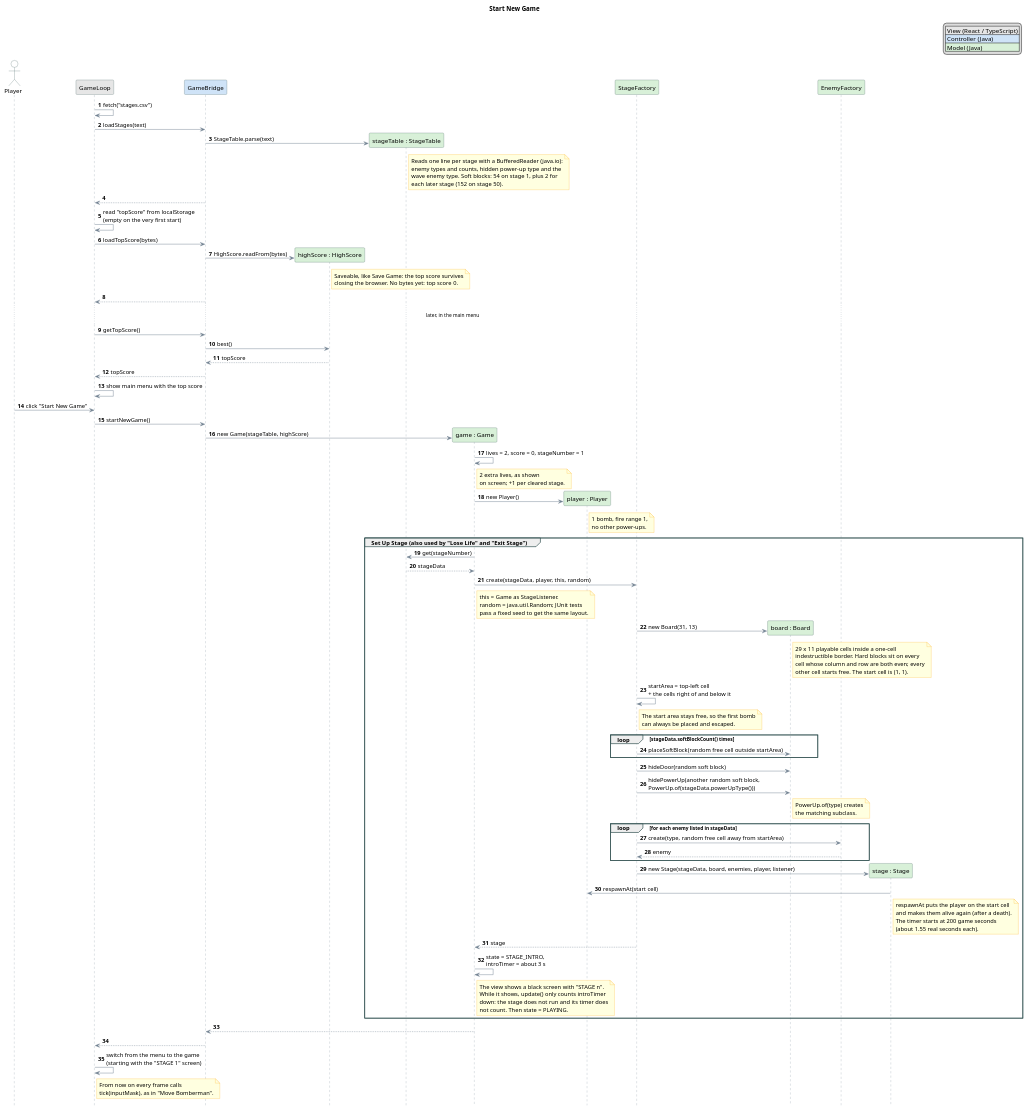
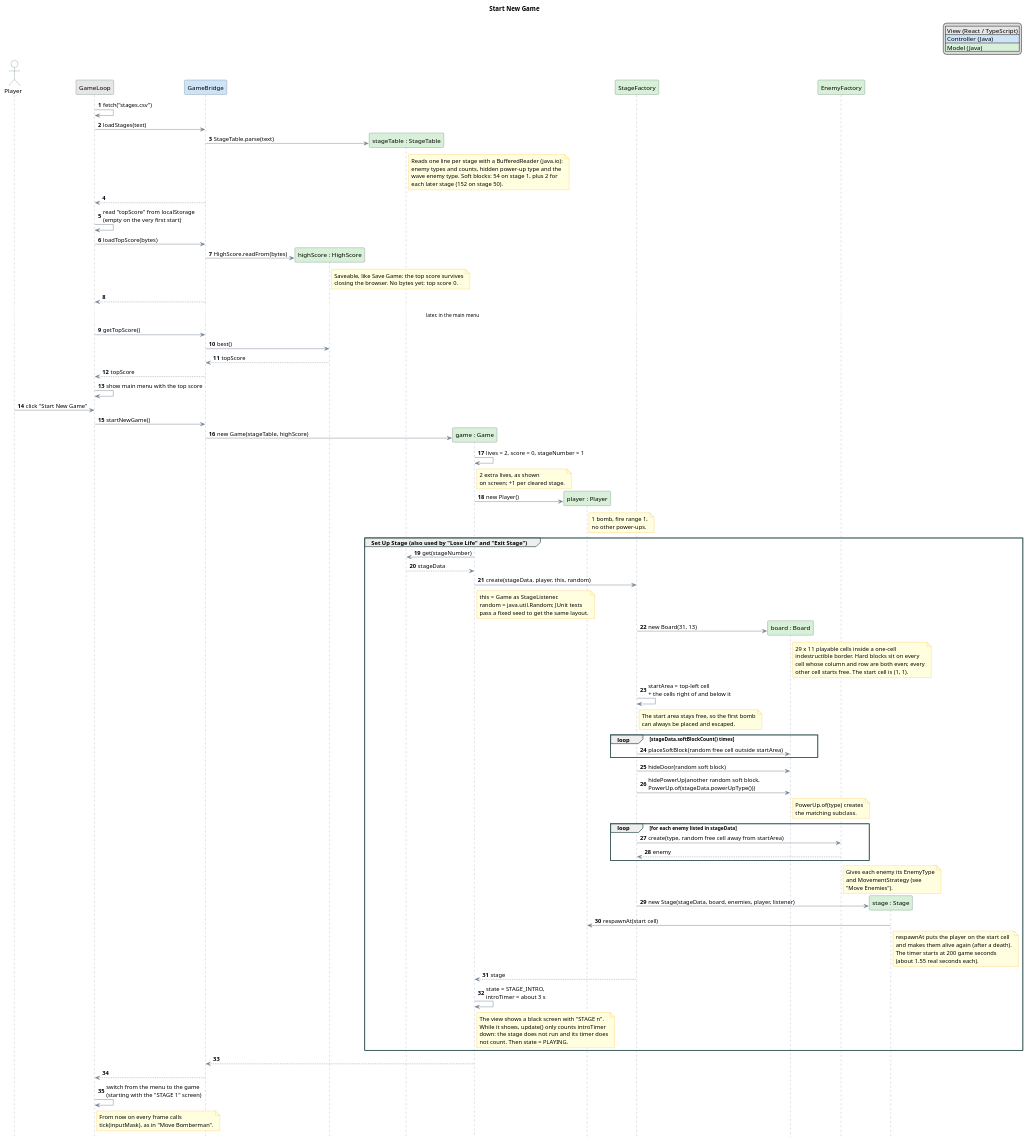
The diagram in projekt/uml/02-sekwencja-start-new-game.puml (KamilDxD2/po2026), drawn with PlantUML before and after one commit. The commit also changed 5 other files, not shown here.

Commit message:
enhanced bomb placement and enemy movement details, and added new sequence diagrams for placing bombs and moving enemies

```diff
--- a/projekt/uml/02-sekwencja-start-new-game.puml
+++ b/projekt/uml/02-sekwencja-start-new-game.puml
@@ -1,159 +1,164 @@
 @startuml
 title Start New Game
 
 hide footbox
 
 legend top right
   |<#E6E6E6> View (React / TypeScript) |
   |<#CFE3F7> Controller (Java) |
   |<#D8F0D8> Model (Java) |
 endlegend
 autonumber
 
 skinparam ParticipantBackgroundColor LightCyan
 skinparam ParticipantBorderColor DarkSlateGray
 skinparam ActorBackgroundColor White
 skinparam ActorBorderColor DarkSlateGray
 skinparam ArrowColor SlateGray
 skinparam SequenceLifeLineBorderColor SlateGray
 skinparam SequenceGroupBorderColor DarkSlateGray
 skinparam DefaultFontName Arial
 skinparam note {
     BackgroundColor LightYellow
     BorderColor Orange
 }
 
 ' ==========================================
 ' Participants, coloured by MVC layer as in "Explode Bomb" (see legend).
 ' The "Set Up Stage" group is reused by "Lose Life" (restart with a
 ' new random layout) and "Exit Stage" (next stage).
 ' ==========================================
 actor "Player" as user
 
 participant "GameLoop" as view #E6E6E6
 
 participant "GameBridge" as bridge #CFE3F7
 
 participant "highScore : HighScore" as high #D8F0D8
 participant "stageTable : StageTable" as table #D8F0D8
 participant "game : Game" as game #D8F0D8
 participant "player : Player" as player #D8F0D8
 participant "StageFactory" as sfactory #D8F0D8
 participant "board : Board" as board #D8F0D8
 participant "EnemyFactory" as efactory #D8F0D8
 participant "stage : Stage" as stage #D8F0D8
 
 ' ==========================================
 ' Once, when the app starts: load the 50-stage table (I/O)
 ' ==========================================
 view -> view : fetch("stages.csv")
 view -> bridge : loadStages(text)
 create table
 bridge -> table : StageTable.parse(text)
 note right of table
   Reads one line per stage with a BufferedReader (java.io):
   enemy types and counts, hidden power-up type and the
   wave enemy type. Soft blocks: 54 on stage 1, plus 2 for
   each later stage (152 on stage 50).
 end note
 bridge --> view
 view -> view : read "topScore" from localStorage\n(empty on the very first start)
 view -> bridge : loadTopScore(bytes)
 create high
 bridge -> high : HighScore.readFrom(bytes)
 note right of high
   Saveable, like Save Game: the top score survives
   closing the browser. No bytes yet: top score 0.
 end note
 bridge --> view
 
 ... later, in the main menu ...
 
 view -> bridge : getTopScore()
 bridge -> high : best()
 high --> bridge : topScore
 bridge --> view : topScore
 view -> view : show main menu with the top score
 
 ' ==========================================
 ' The player starts a new game
 ' ==========================================
 user -> view : click "Start New Game"
 view -> bridge : startNewGame()
 
 create game
 bridge -> game : new Game(stageTable, highScore)
 game -> game : lives = 2, score = 0, stageNumber = 1
 note right of game : 2 extra lives, as shown\non screen; +1 per cleared stage.
 
 create player
 game -> player : new Player()
 note right of player : 1 bomb, fire range 1,\nno other power-ups.
 
 group Set Up Stage (also used by "Lose Life" and "Exit Stage")
     game -> table : get(stageNumber)
     table --> game : stageData
 
     game -> sfactory : create(stageData, player, this, random)
     note right of game
       this = Game as StageListener.
       random = java.util.Random; JUnit tests
       pass a fixed seed to get the same layout.
     end note
 
     create board
     sfactory -> board : new Board(31, 13)
     note right of board
       29 x 11 playable cells inside a one-cell
       indestructible border. Hard blocks sit on every
       cell whose column and row are both even; every
       other cell starts free. The start cell is (1, 1).
     end note
 
     sfactory -> sfactory : startArea = top-left cell\n+ the cells right of and below it
     note right of sfactory
       The start area stays free, so the first bomb
       can always be placed and escaped.
     end note
 
     loop stageData.softBlockCount() times
         sfactory -> board : placeSoftBlock(random free cell outside startArea)
     end
 
     sfactory -> board : hideDoor(random soft block)
     sfactory -> board : hidePowerUp(another random soft block,\nPowerUp.of(stageData.powerUpType()))
     note right of board : PowerUp.of(type) creates\nthe matching subclass.
 
     loop for each enemy listed in stageData
         sfactory -> efactory : create(type, random free cell away from startArea)
         efactory --> sfactory : enemy
     end
+    note right of efactory
+      Gives each enemy its EnemyType
+      and MovementStrategy (see
+      "Move Enemies").
+    end note
 
     create stage
     sfactory -> stage : new Stage(stageData, board, enemies, player, listener)
     stage -> player : respawnAt(start cell)
     note right of stage
       respawnAt puts the player on the start cell
       and makes them alive again (after a death).
       The timer starts at 200 game seconds
       (about 1.55 real seconds each).
     end note
     sfactory --> game : stage
     game -> game : state = STAGE_INTRO,\nintroTimer = about 3 s
     note right of game
       The view shows a black screen with "STAGE n".
       While it shows, update() only counts introTimer
       down: the stage does not run and its timer does
       not count. Then state = PLAYING.
     end note
 end
 
 game --> bridge
 bridge --> view
 view -> view : switch from the menu to the game\n(starting with the "STAGE 1" screen)
 note right of view
   From now on every frame calls
   tick(inputMask), as in "Move Bomberman".
 end note
 
 @enduml
```
